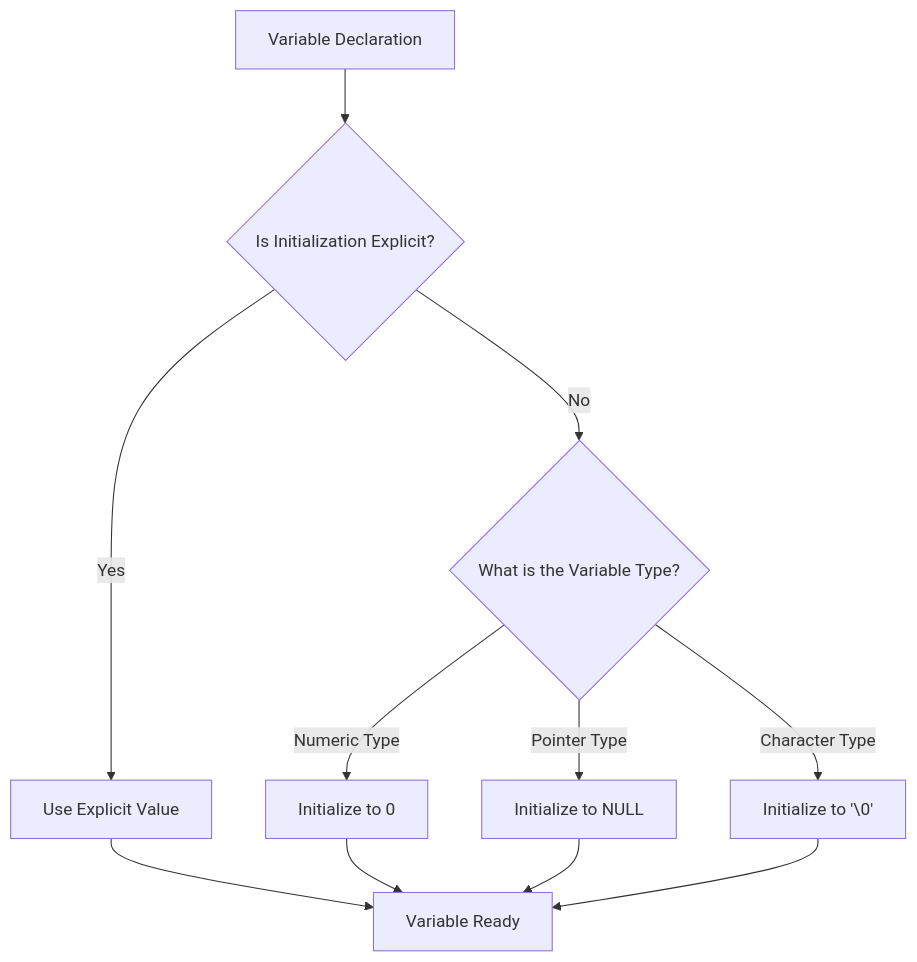
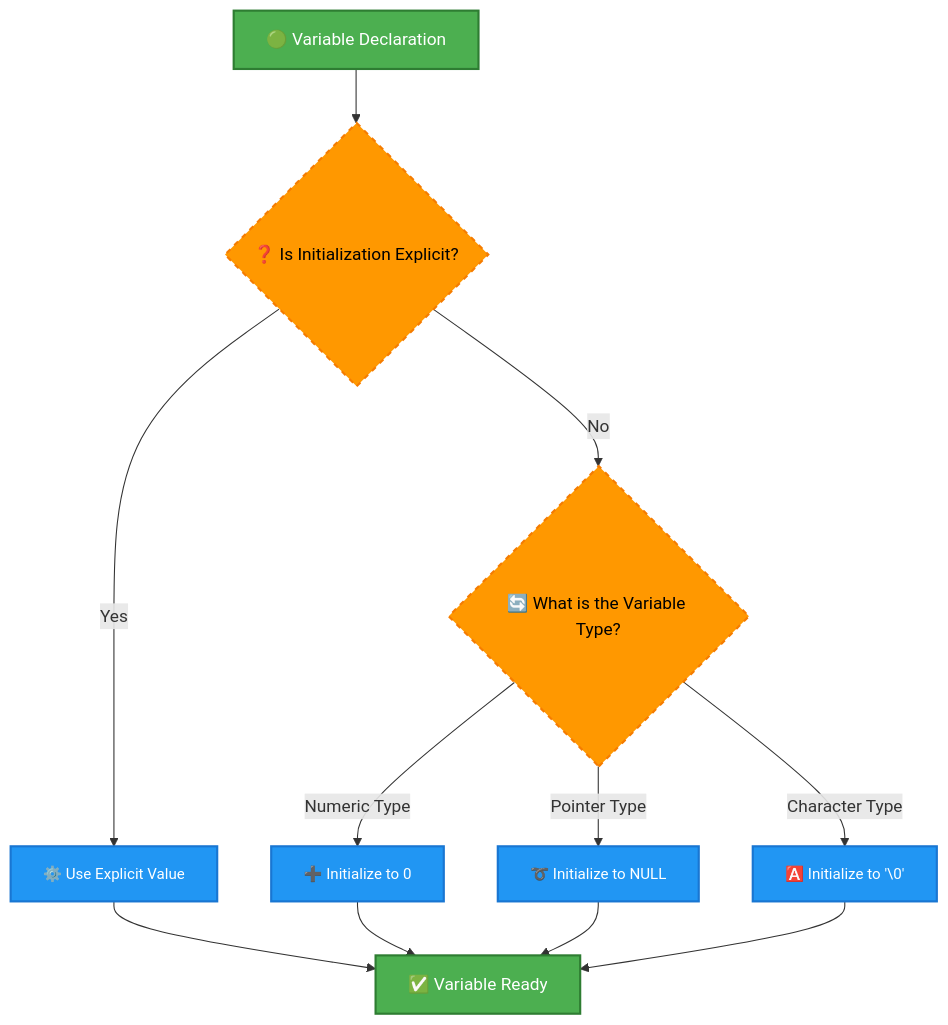
One commit to infoyouth/infoyouth.github.io changed the third of 6 diagrams in _posts/2024-12-14-11.-c-storage-classes.md. Above: the diagram before and after it, drawn with Mermaid. The commit also changed other lines of this file, not shown here.

````diff
--- a/_posts/2024-12-14-11.-c-storage-classes.md
+++ b/_posts/2024-12-14-11.-c-storage-classes.md
@@ -459,13 +444,23 @@
 ```mermaid
 graph TD
-    A[Variable Declaration] --> B{Is Initialization Explicit?};
-    B -- Yes --> C[Use Explicit Value];
-    B -- No --> D{What is the Variable Type?};
-    D -- Numeric Type --> E[Initialize to 0];
-    D -- Pointer Type --> F[Initialize to NULL];
-    D -- Character Type --> G[Initialize to '\0'];
-    C --> H[Variable Ready];
+    style A fill:#4CAF50,stroke:#2E7D32,stroke-width:2px,color:#FFFFFF,font-size:16px,stroke-dasharray:0,radius:10px
+    style B fill:#FF9800,stroke:#F57C00,stroke-width:2px,color:#000000,font-size:16px,stroke-dasharray:5,5,radius:5px
+    style C fill:#2196F3,stroke:#1976D2,stroke-width:2px,color:#FFFFFF,font-size:14px,stroke-dasharray:0,radius:5px
+    style D fill:#FF9800,stroke:#F57C00,stroke-width:2px,color:#000000,font-size:16px,stroke-dasharray:5,5,radius:5px
+    style E fill:#2196F3,stroke:#1976D2,stroke-width:2px,color:#FFFFFF,font-size:14px,stroke-dasharray:0,radius:5px
+    style F fill:#2196F3,stroke:#1976D2,stroke-width:2px,color:#FFFFFF,font-size:14px,stroke-dasharray:0,radius:5px
+    style G fill:#2196F3,stroke:#1976D2,stroke-width:2px,color:#FFFFFF,font-size:14px,stroke-dasharray:0,radius:5px
+    style H fill:#4CAF50,stroke:#2E7D32,stroke-width:2px,color:#FFFFFF,font-size:16px,stroke-dasharray:0,radius:10px
+
+    A[🟢 Variable Declaration] --> B{❓ Is Initialization Explicit?};
+    B -- Yes --> C[⚙️ Use Explicit Value];
+    B -- No --> D{🔄 What is the Variable Type?};
+    D -- Numeric Type --> E[➕ Initialize to 0];
+    D -- Pointer Type --> F[➰ Initialize to NULL];
+    D -- Character Type --> G[🅰️ Initialize to '\0'];
+    C --> H[✅ Variable Ready];
     E --> H;
     F --> H;
     G --> H;
+
 ```
````
